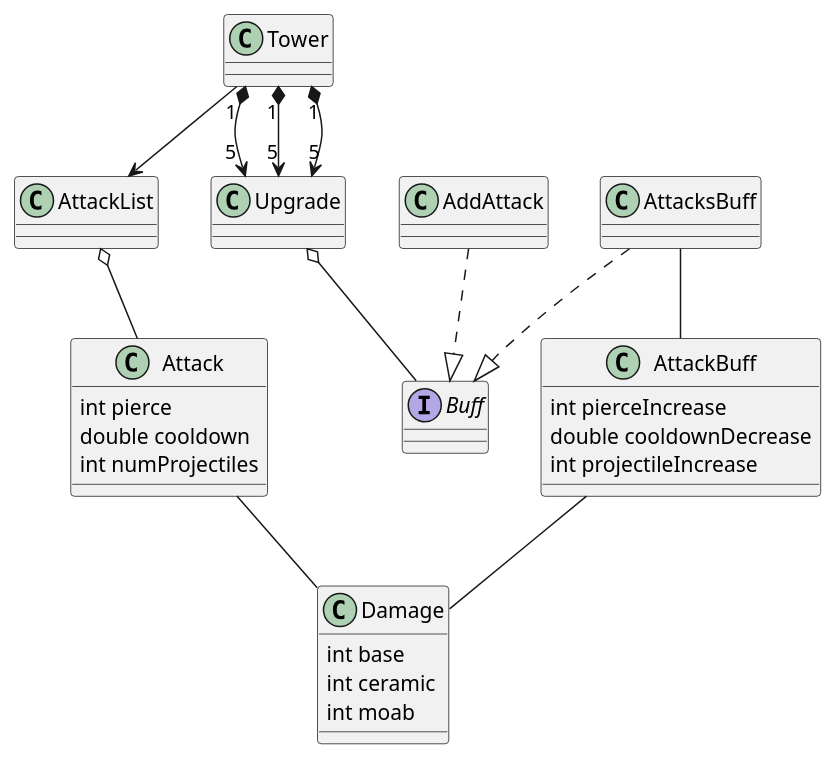
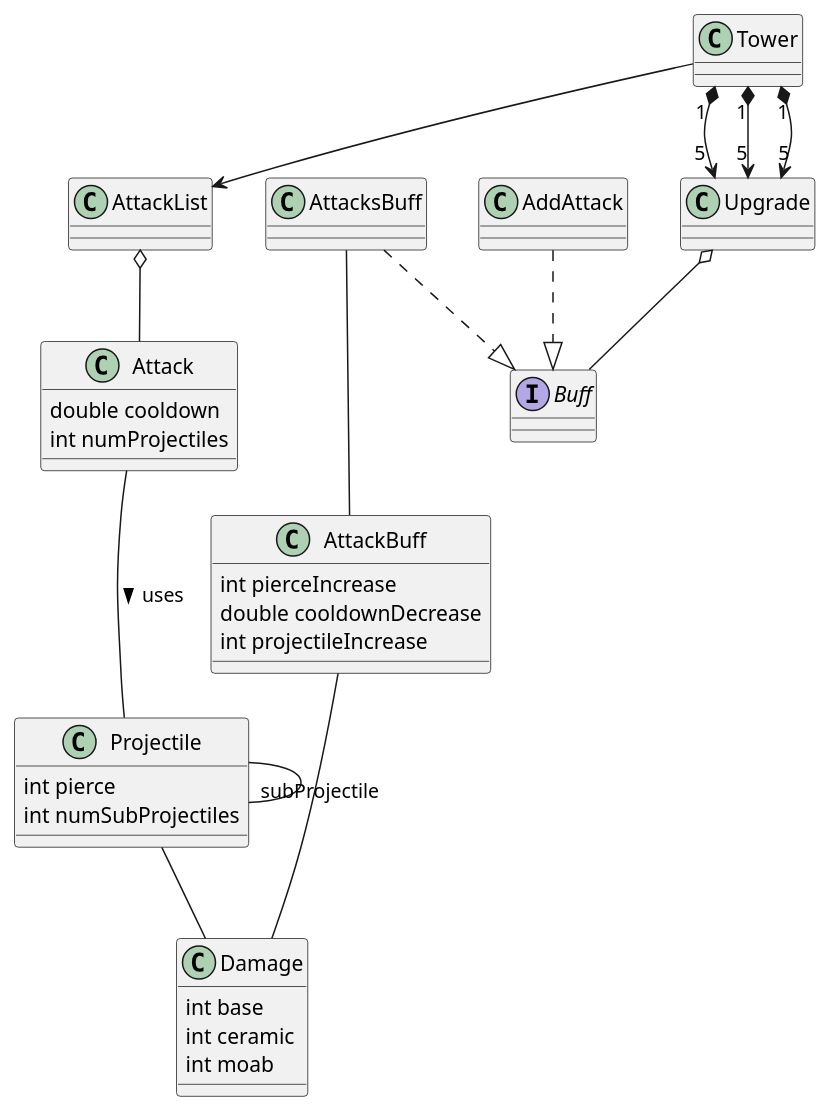
Before and after one commit to Smanmos/btd6-helper: the diagram in docs/btd6classdiagram.puml, drawn with PlantUML.

Commit message:
Add Projectile

```diff
--- a/docs/btd6classdiagram.puml
+++ b/docs/btd6classdiagram.puml
@@ -1,27 +1,31 @@
 @startuml
 interface Buff
 
 Damage : int base
 Damage : int ceramic
 Damage : int moab
 
-Attack : int pierce
+Projectile : int pierce
+Projectile : int numSubProjectiles
+Projectile -- Damage 
+Projectile -- "subProjectile" Projectile
+
 Attack : double cooldown
 Attack : int numProjectiles
-Attack -- Damage
+Attack -- Projectile : > uses
 
 AttackBuff : int pierceIncrease
 AttackBuff : double cooldownDecrease
 AttackBuff : int projectileIncrease
 AttackBuff -- Damage
 
 Upgrade o-- Buff
 AttacksBuff ..|> Buff
 AttacksBuff -- AttackBuff
 AddAttack ..|> Buff
 AttackList o-- Attack
 Tower "1" *--> "5" Upgrade
 Tower "1" *--> "5" Upgrade
 Tower "1" *--> "5" Upgrade
 Tower --> AttackList
 @enduml
```
